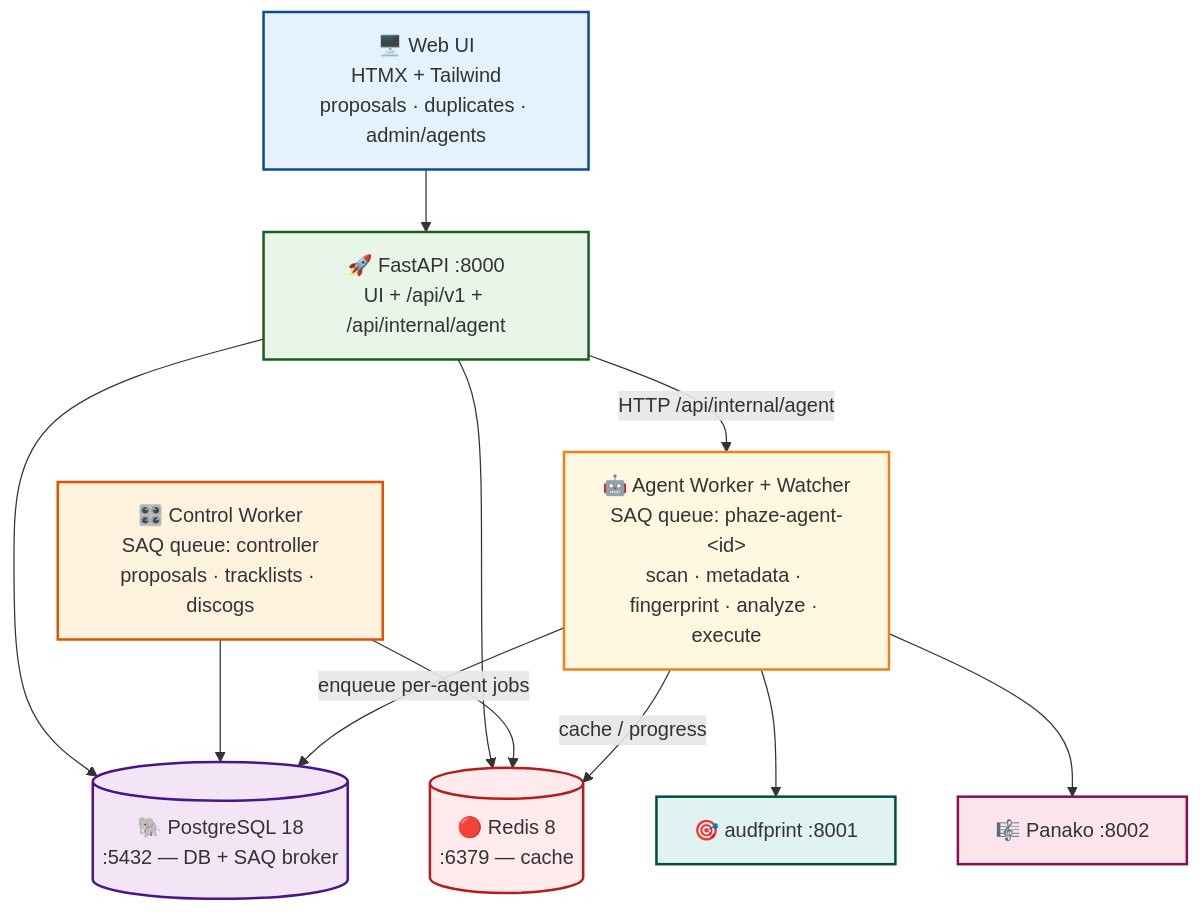
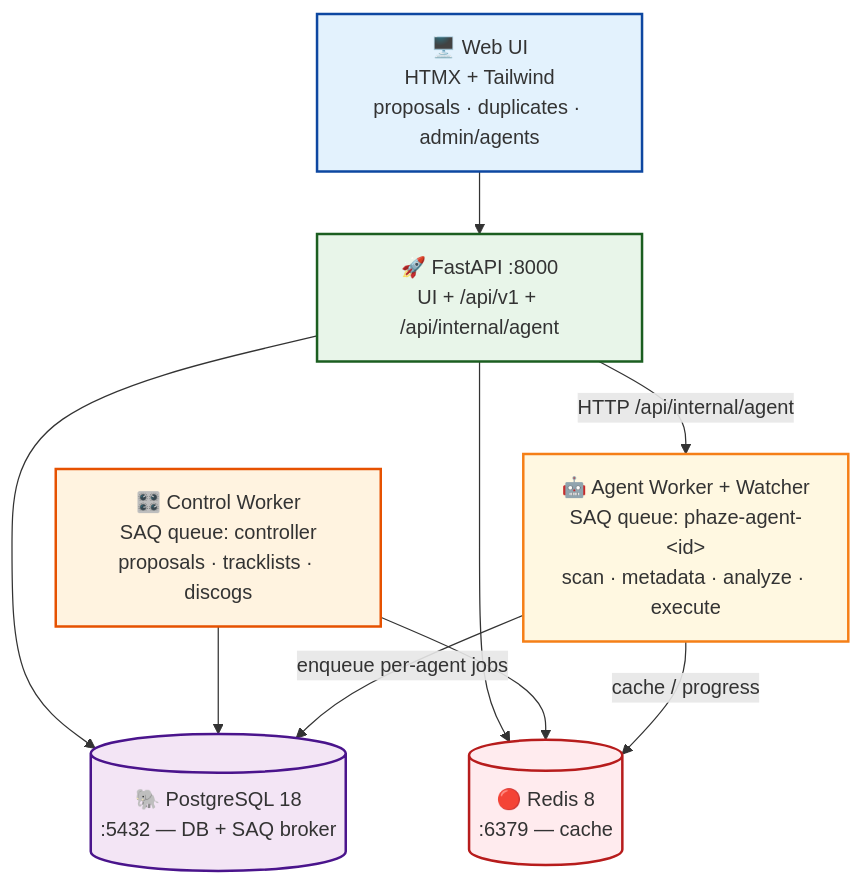
Before and after one commit to SimplicityGuy/phaze: the first of 5 diagrams in docs/architecture.md, drawn with Mermaid. The commit also changed other lines of this file and 14 other files, not shown here.

````diff
--- a/docs/architecture.md
+++ b/docs/architecture.md
@@ -50,31 +53,25 @@
 ```mermaid
 graph TD
     UI["🖥️ Web UI<br/>HTMX + Tailwind<br/>proposals · duplicates · admin/agents"]
     API["🚀 FastAPI :8000<br/>UI + /api/v1 + /api/internal/agent"]
     CTRL["🎛️ Control Worker<br/>SAQ queue: controller<br/>proposals · tracklists · discogs"]
     PG[("🐘 PostgreSQL 18<br/>:5432 — DB + SAQ broker")]
     REDIS[("🔴 Redis 8<br/>:6379 — cache")]
-    AGENT["🤖 Agent Worker + Watcher<br/>SAQ queue: phaze-agent-&lt;id&gt;<br/>scan · metadata · fingerprint · analyze · execute"]
-    AUD["🎯 audfprint :8001"]
-    PAN["🎼 Panako :8002"]
+    AGENT["🤖 Agent Worker + Watcher<br/>SAQ queue: phaze-agent-&lt;id&gt;<br/>scan · metadata · analyze · execute"]
 
     UI --> API
     API --> PG
     API --> REDIS
     API -->|HTTP /api/internal/agent| AGENT
     CTRL --> REDIS
     CTRL --> PG
     AGENT -->|enqueue per-agent jobs| PG
     AGENT -->|cache / progress| REDIS
-    AGENT --> AUD
-    AGENT --> PAN
 
     style UI fill:#e3f2fd,stroke:#0d47a1,stroke-width:2px
     style API fill:#e8f5e9,stroke:#1b5e20,stroke-width:2px
     style CTRL fill:#fff3e0,stroke:#e65100,stroke-width:2px
     style AGENT fill:#fff8e1,stroke:#f57f17,stroke-width:2px
     style PG fill:#f3e5f5,stroke:#4a148c,stroke-width:2px
     style REDIS fill:#ffebee,stroke:#b71c1c,stroke-width:2px
-    style AUD fill:#e0f2f1,stroke:#004d40,stroke-width:2px
-    style PAN fill:#fce4ec,stroke:#880e4f,stroke-width:2px
 ```
````
